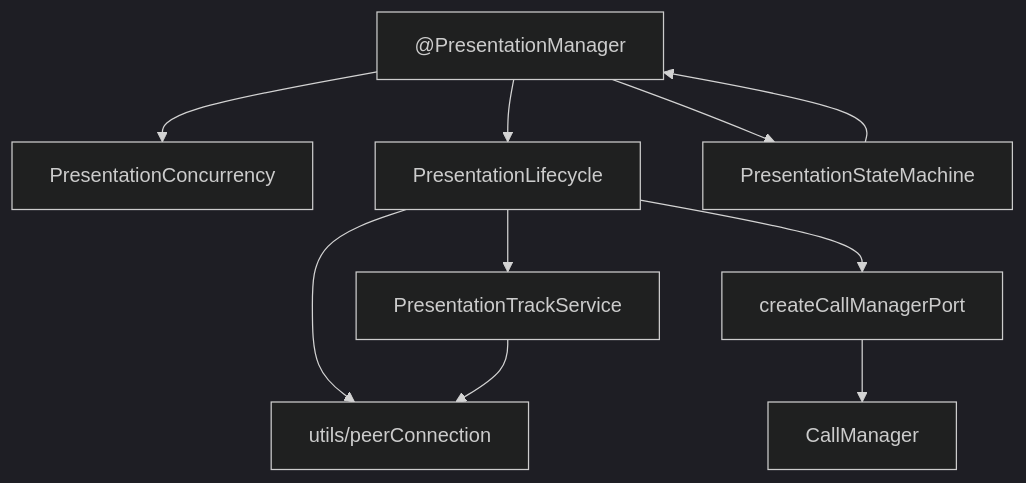
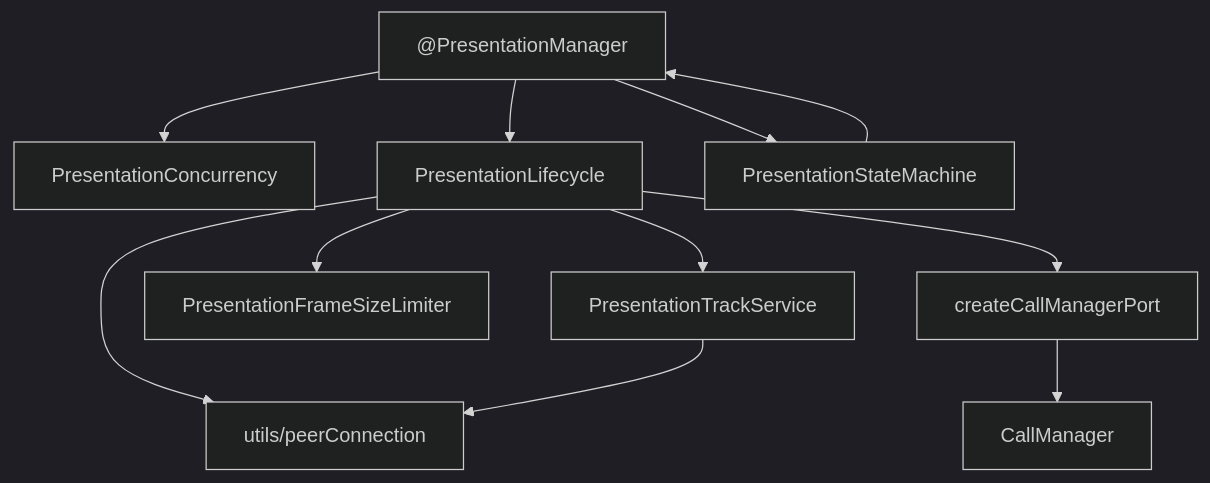
Before and after one commit to Krivega/sip-connector: the diagram in docs/architecture/components/PresentationManager/index.md, drawn with Mermaid (dark theme). The commit also changed other lines of this file and 25 other files, not shown here.

First line of the commit message:
fix: presentation max frame size (#92)

````diff
--- a/docs/architecture/components/PresentationManager/index.md
+++ b/docs/architecture/components/PresentationManager/index.md
@@ -44,21 +45,23 @@
 ```mermaid
 flowchart TB
   PM["@PresentationManager"]
   PC["PresentationConcurrency"]
   PL["PresentationLifecycle"]
   PTS["PresentationTrackService"]
+  PFL["PresentationFrameSizeLimiter"]
   SMP["createCallManagerPort"]
   SM["PresentationStateMachine"]
   CM["CallManager"]
   PCU["utils/peerConnection"]
 
   PM --> PC
   PM --> PL
   PM --> SM
   PL --> PTS
+  PL --> PFL
   PL --> SMP
   PL --> PCU
   PTS --> PCU
   SMP --> CM
   SM --> PM
 ```
````
